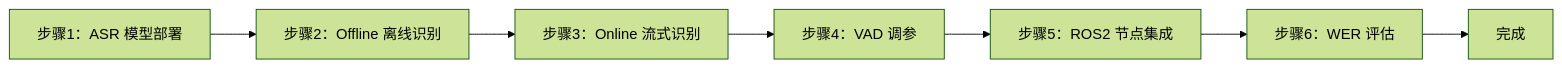
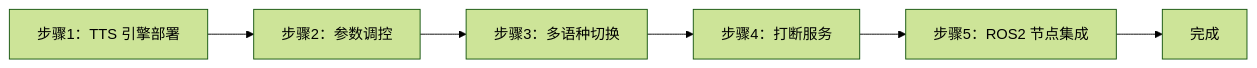
One commit to aibittek/course_generate_agent changed the diagram in courses/sheet1/speech_practice/_parts/experiment-3.md. Above: the diagram before and after it, drawn with Mermaid (forest theme). The commit also changed other lines of this file and 13 other files, not shown here.

````diff
--- a/courses/sheet1/speech_practice/_parts/experiment-3.md
+++ b/courses/sheet1/speech_practice/_parts/experiment-3.md
@@ -57,9 +58,8 @@
 ```mermaid
 graph LR
-    A[步骤1：ASR 模型部署] --> B[步骤2：Offline 离线识别]
-    B --> C[步骤3：Online 流式识别]
-    C --> D[步骤4：VAD 调参]
+    A[步骤1：TTS 引擎部署] --> B[步骤2：参数调控]
+    B --> C[步骤3：多语种切换]
+    C --> D[步骤4：打断服务]
     D --> E[步骤5：ROS2 节点集成]
-    E --> F[步骤6：WER 评估]
-    F --> G[完成]
+    E --> F[完成]
 ```
````
